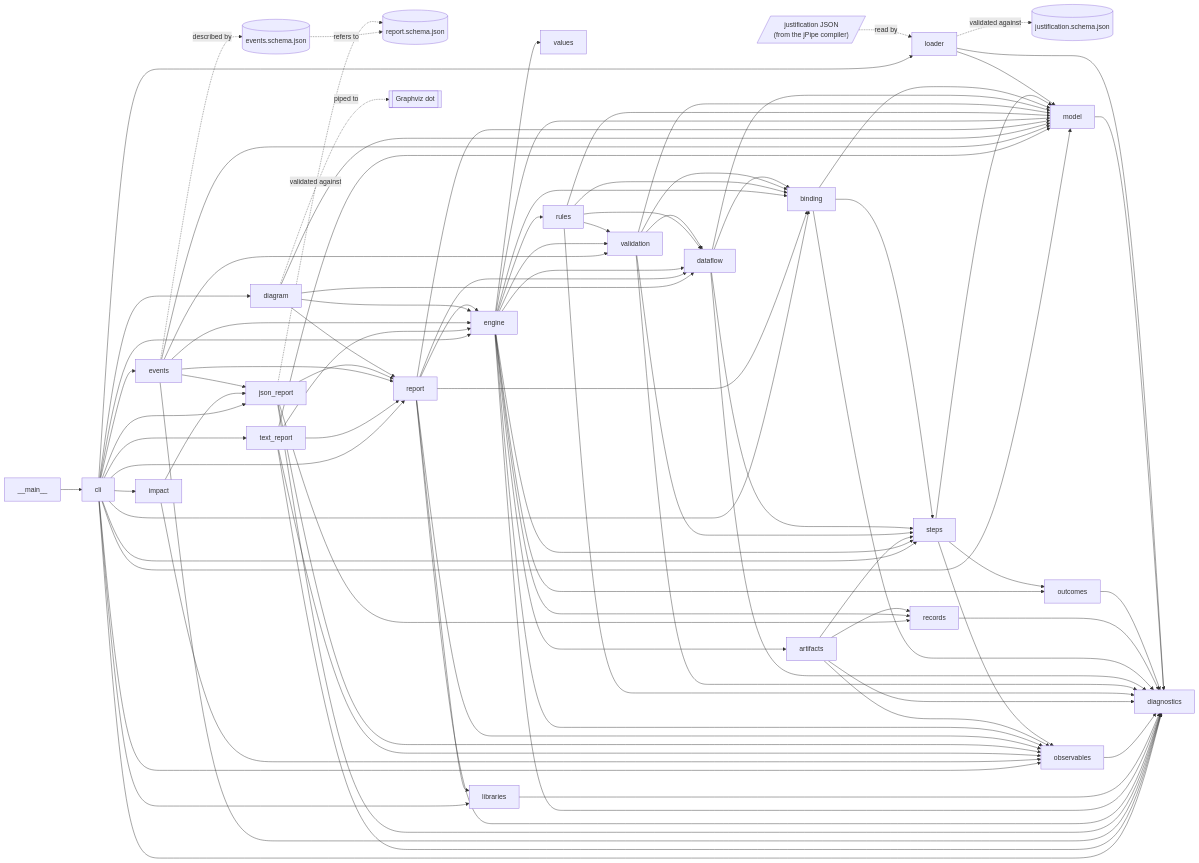
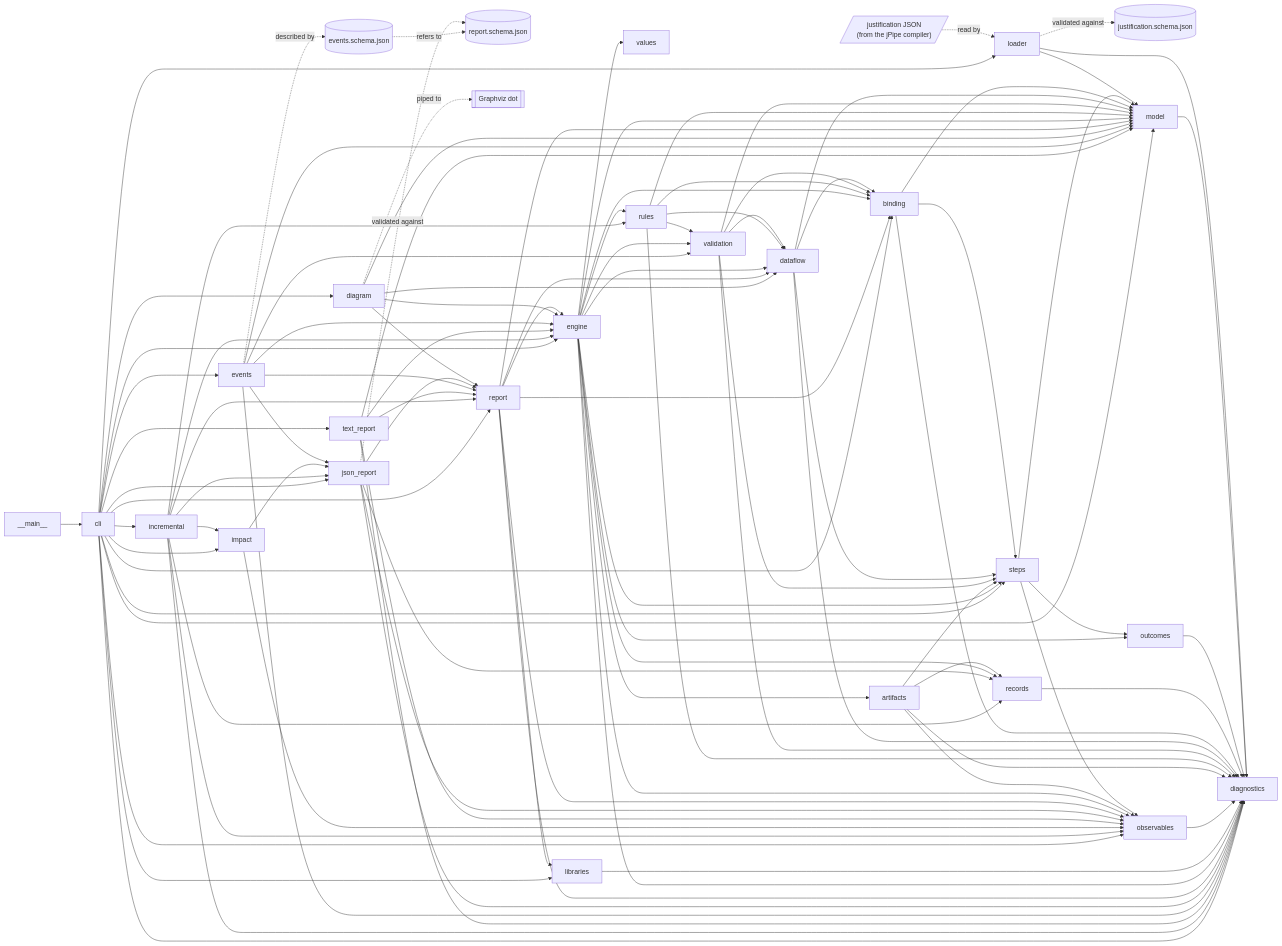
One commit to jpipe-mcscert/jpipe-runner changed the first of 2 diagrams in docs/design.md. Above: the diagram before and after it, drawn with Mermaid. The commit also changed other lines of this file and 48 other files, not shown here.

First line of the commit message:
feat: run again only what changed since a report with --incremental (#153)

```diff
--- a/docs/design.md
+++ b/docs/design.md
@@ -90,10 +90,19 @@
     text_report --> report
     impact --> observables
     impact --> json_report
+    incremental --> diagnostics
+    incremental --> engine
+    incremental --> impact
+    incremental --> json_report
+    incremental --> observables
+    incremental --> records
+    incremental --> report
+    incremental --> rules
     cli --> binding
     cli --> diagnostics
     cli --> diagram
     cli --> impact
+    cli --> incremental
     cli --> engine
     cli --> events
     cli --> json_report
```
